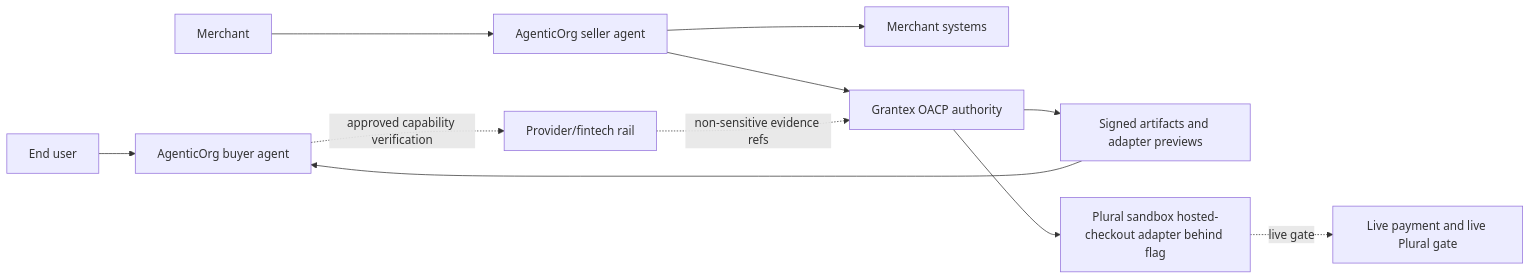
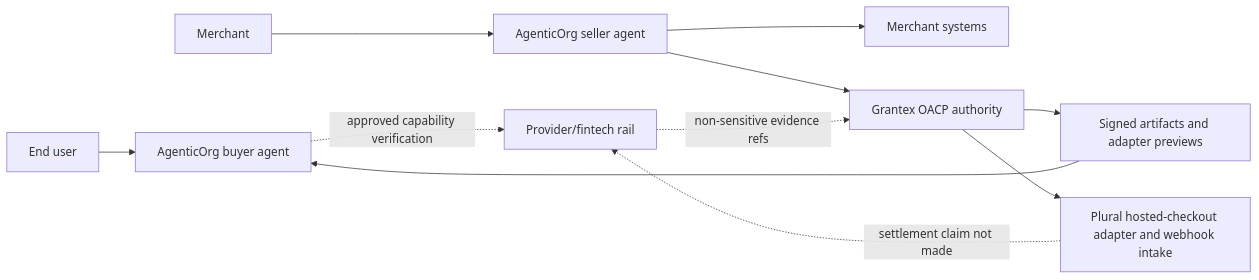
The first of 3 diagrams in docs/guides/commerce-v1-overview.mdx (mishrasanjeev/grantex), drawn with Mermaid before and after one commit. The commit also changed other lines of this file and 14 other files, not shown here.

````diff
--- a/docs/guides/commerce-v1-overview.mdx
+++ b/docs/guides/commerce-v1-overview.mdx
@@ -47,13 +51,13 @@
 ```mermaid
 flowchart LR
   buyer[End user] --> agent[AgenticOrg buyer agent]
   seller[Merchant] --> selleragent[AgenticOrg seller agent]
   selleragent --> systems[Merchant systems]
   selleragent --> grantex[Grantex OACP authority]
   grantex --> artifacts[Signed artifacts and adapter previews]
   artifacts --> agent
-  grantex --> pluralSandbox[Plural sandbox hosted-checkout adapter behind flag]
-  pluralSandbox -. live gate .-> live[Live payment and live Plural gate]
+  grantex --> plural[Plural hosted-checkout adapter and webhook intake]
+  plural -. settlement claim not made .-> provider
   agent -. approved capability verification .-> provider[Provider/fintech rail]
   provider -. non-sensitive evidence refs .-> grantex
 ```
````
